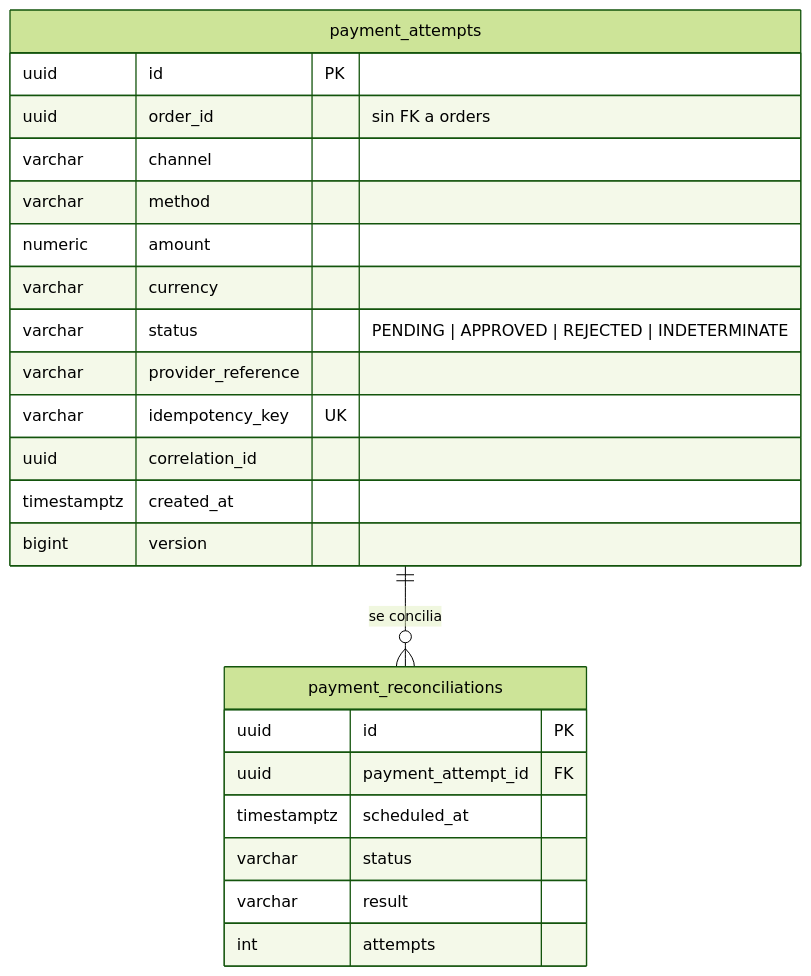
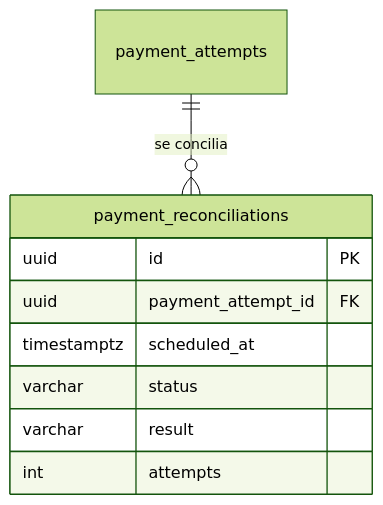
One commit to K-Giron/AYD2_Proyecto changed the tenth of 10 diagrams in FASE 2/docs/diagrams/modelo-datos.md. Above: the diagram before and after it, drawn with Mermaid (forest theme). The commit also changed other lines of this file and 7 other files, not shown here.

````diff
--- a/FASE 2/docs/diagrams/modelo-datos.md
+++ b/FASE 2/docs/diagrams/modelo-datos.md
@@ -372,26 +404,12 @@
 ```mermaid
 erDiagram
     payment_attempts ||--o{ payment_reconciliations : "se concilia"
-    payment_attempts {
-        uuid id PK
-        uuid order_id "sin FK a orders"
-        varchar channel
-        varchar method
-        numeric amount
-        varchar currency
-        varchar status "PENDING | APPROVED | REJECTED | INDETERMINATE"
-        varchar provider_reference
-        varchar idempotency_key UK
-        uuid correlation_id
-        timestamptz created_at
-        bigint version
-    }
     payment_reconciliations {
         uuid id PK
         uuid payment_attempt_id FK
         timestamptz scheduled_at
         varchar status
         varchar result
         int attempts
     }
 ```
````
